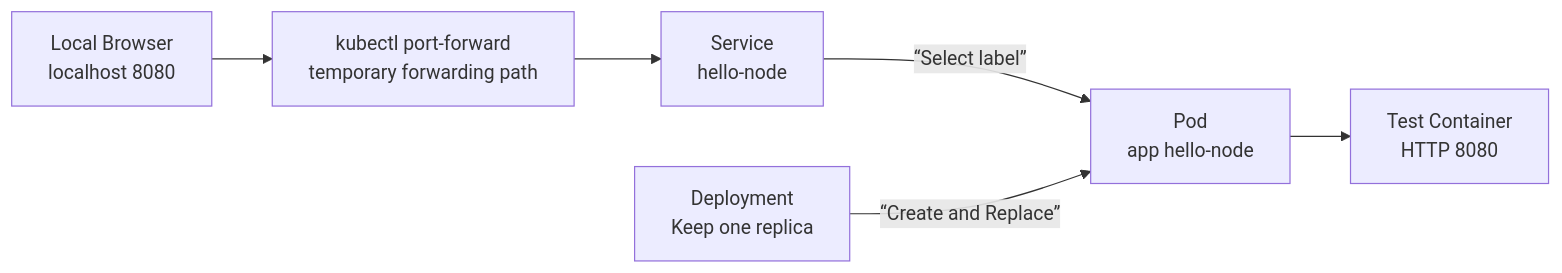
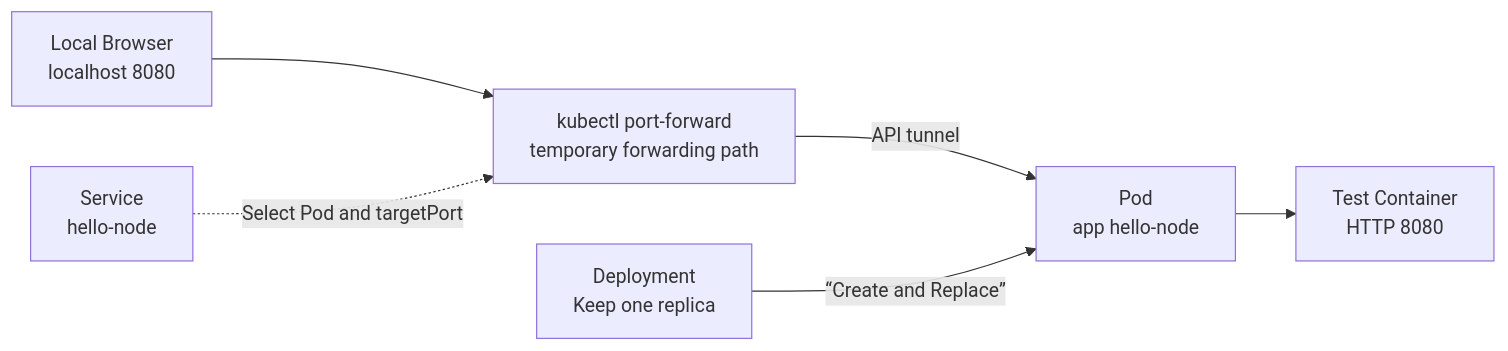
The first of 2 diagrams in docs-site/content/kubernetes/01-why-and-first-cluster.md (nohdol97/nohdol-study), drawn with Mermaid before and after one commit. The commit also changed other lines of this file and 88 other files, not shown here.

````diff
--- a/docs-site/content/kubernetes/01-why-and-first-cluster.md
+++ b/docs-site/content/kubernetes/01-why-and-first-cluster.md
@@ -16,8 +18,8 @@
 ```mermaid
 flowchart LR
   BROWSER["Local Browser<br/>localhost 8080"] --> PF["kubectl port-forward<br/>temporary forwarding path"]
-  PF --> SVC["Service<br/>hello-node"]
-  SVC -->|“Select label”| POD["Pod<br/>app hello-node"]
+  SVC["Service<br/>hello-node"] -.->|"Select Pod and targetPort"| PF
+  PF -->|"API tunnel"| POD["Pod<br/>app hello-node"]
   DEP["Deployment<br/>Keep one replica"] -->|“Create and Replace”| POD
   POD --> CONTAINER["Test Container<br/>HTTP 8080"]
 ```
````
